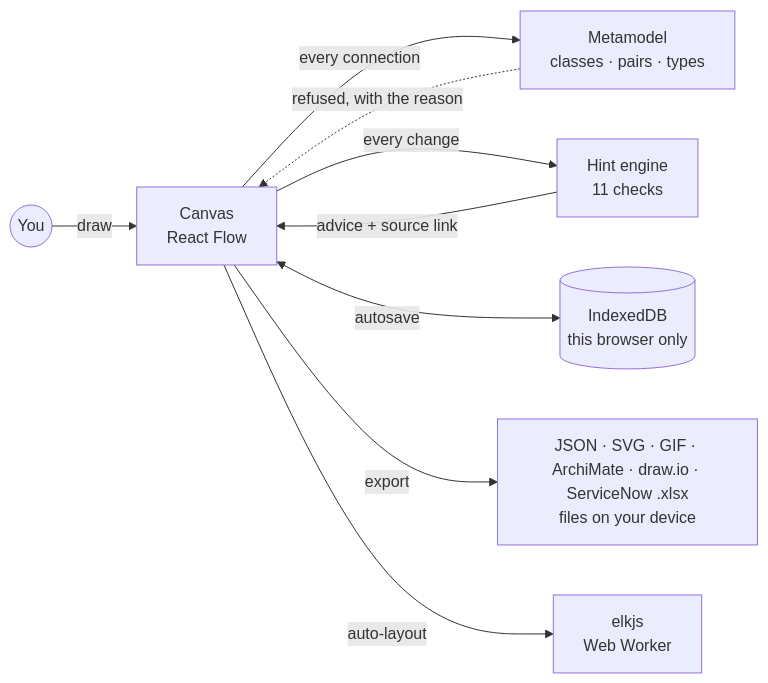
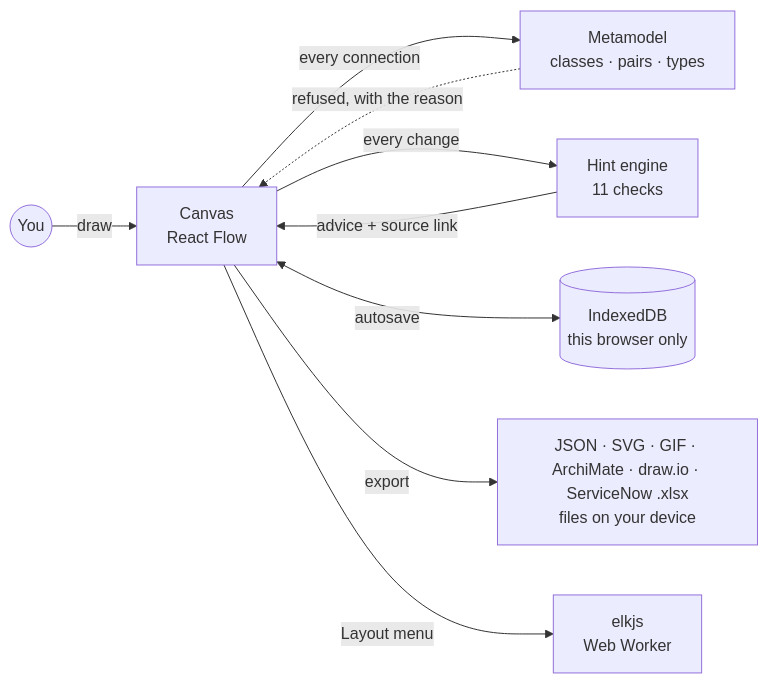
The diagram in README.md (solventarchitect/blueprint-modeler), drawn with Mermaid before and after one commit. The commit also changed other lines of this file and 16 other files, not shown here.

First line of the commit message:
feat(M40): Layout menu with five arrangements by CSDM layer

````diff
--- a/README.md
+++ b/README.md
@@ -77,11 +77,11 @@
 ```mermaid
 flowchart LR
   you(("You")) -->|draw| canvas["Canvas<br/>React Flow"]
   canvas -->|every connection| meta["Metamodel<br/>classes · pairs · types"]
   meta -.->|refused, with the reason| canvas
   canvas -->|every change| hints["Hint engine<br/>11 checks"]
   hints -->|advice + source link| canvas
   canvas <-->|autosave| idb[("IndexedDB<br/>this browser only")]
   canvas -->|export| files["JSON · SVG · GIF · ArchiMate · draw.io · ServiceNow .xlsx<br/>files on your device"]
-  canvas -->|auto-layout| worker["elkjs<br/>Web Worker"]
+  canvas -->|Layout menu| worker["elkjs<br/>Web Worker"]
 ```
````
